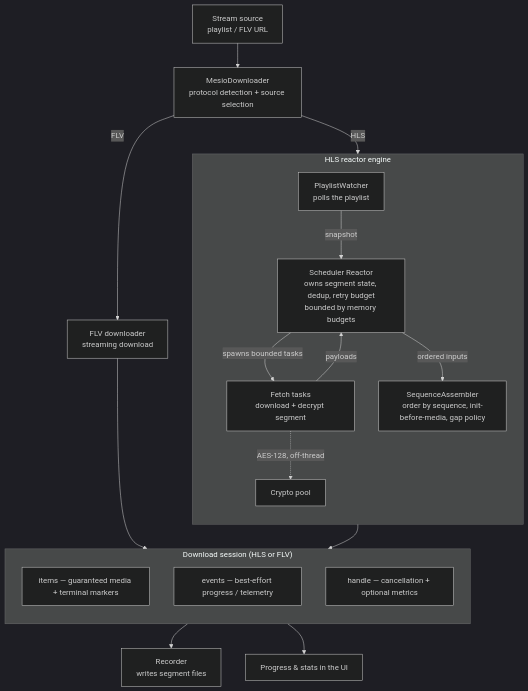
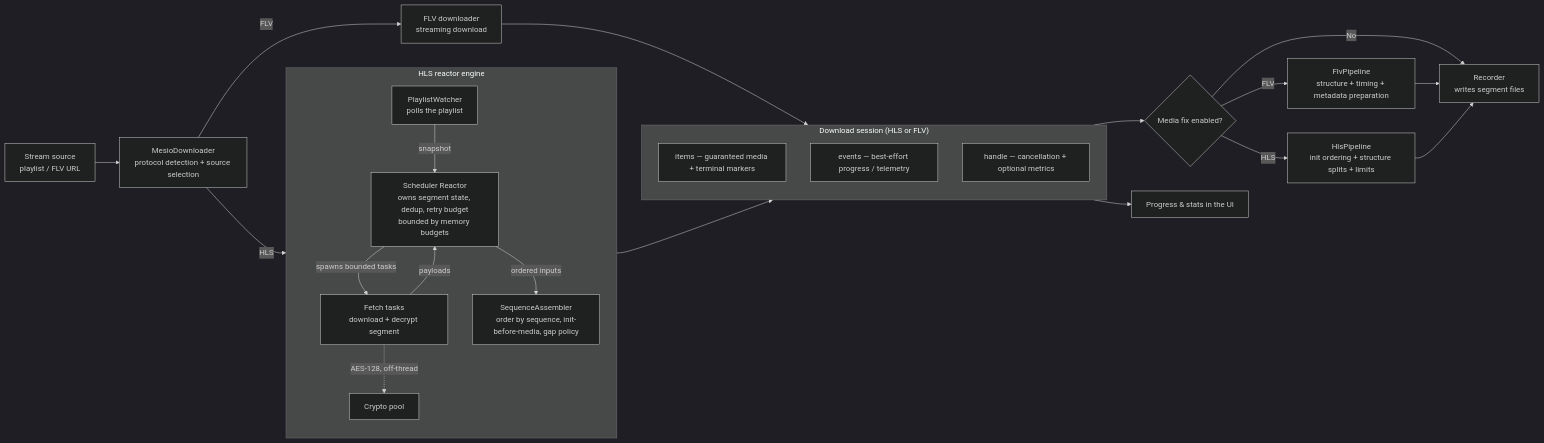
Before and after one commit to hua0512/rust-srec: the first of 3 diagrams in rust-srec/docs/en/concepts/mesio.md, drawn with Mermaid (dark theme). The commit also changed other lines of this file and 6 other files, not shown here.

Commit message:
docs clarify Mesio fix pipeline architecture

````diff
--- a/rust-srec/docs/en/concepts/mesio.md
+++ b/rust-srec/docs/en/concepts/mesio.md
@@ -9,28 +9,37 @@
 ```mermaid
-flowchart TB
+flowchart LR
   SRC[Stream source<br/>playlist / FLV URL] --> MD[MesioDownloader<br/>protocol detection + source selection]
   FLV[FLV downloader<br/>streaming download]
 
   subgraph HLS["HLS reactor engine"]
     direction TB
     PW[PlaylistWatcher<br/>polls the playlist] -->|snapshot| RX[Scheduler Reactor<br/>owns segment state, dedup, retry budget<br/>bounded by memory budgets]
     RX -->|spawns bounded tasks| FT[Fetch tasks<br/>download + decrypt segment]
     FT -. AES-128, off-thread .-> CR[Crypto pool]
     FT -->|payloads| RX
     RX -->|ordered inputs| AS[SequenceAssembler<br/>order by sequence, init-before-media, gap policy]
   end
 
   subgraph SESS["Download session (HLS or FLV)"]
     direction TB
     ITEMS["items — guaranteed media + terminal markers"]
     EVENTS["events — best-effort progress / telemetry"]
     HANDLE["handle — cancellation + optional metrics"]
   end
 
+  ROUTE{Media fix enabled?}
+  FLVFIX[FlvPipeline<br/>structure + timing + metadata preparation]
+  HLSFIX[HlsPipeline<br/>init ordering + structure splits + limits]
+
   MD -->|HLS| PW
   MD -->|FLV| FLV
   AS --> SESS
   FLV --> SESS
-  ITEMS --> REC[Recorder<br/>writes segment files]
+  ITEMS --> ROUTE
+  ROUTE -->|FLV| FLVFIX
+  ROUTE -->|HLS| HLSFIX
+  ROUTE -->|No| REC[Recorder<br/>writes segment files]
+  FLVFIX --> REC
+  HLSFIX --> REC
   EVENTS --> UI[Progress &amp; stats in the UI]
 ```
````
